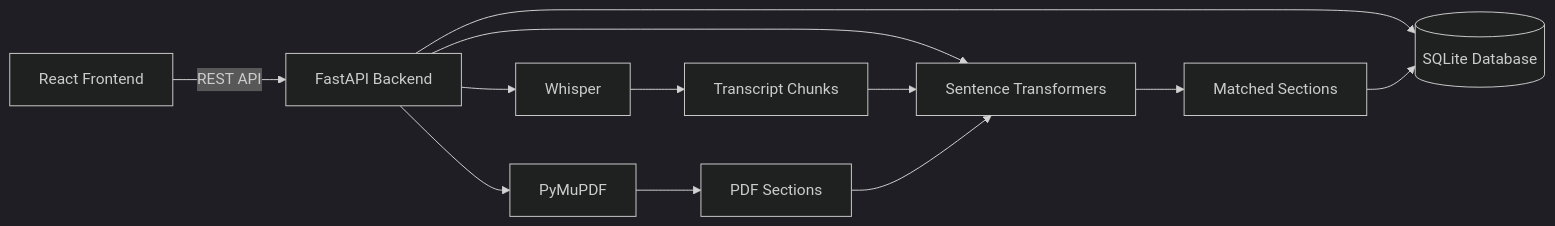
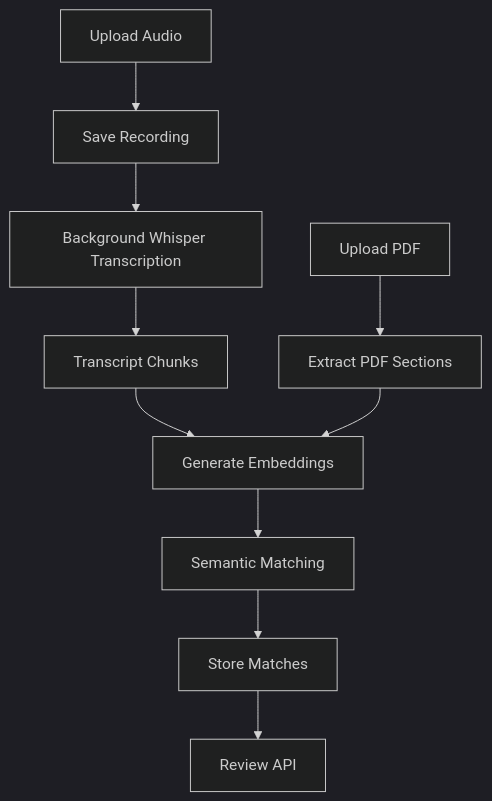
The first of 4 diagrams in README.md (LolaVictoria/lecturemerger-api), drawn with Mermaid (dark theme) before and after one commit. The commit also changed other lines of this file, not shown here.

````diff
--- a/README.md
+++ b/README.md
@@ -84,21 +78,23 @@
 ```mermaid
-flowchart LR
+flowchart TD
 
-A[React Frontend] -->|REST API| B[FastAPI Backend]
+A[Upload Audio] --> B[Save Recording]
 
-B --> C[(SQLite Database)]
+B --> C[Background Whisper Transcription]
 
-B --> D[Whisper]
-B --> E[Sentence Transformers]
-B --> F[PyMuPDF]
+C --> D[Transcript Chunks]
 
-D --> G[Transcript Chunks]
-F --> H[PDF Sections]
+E[Upload PDF]
 
-G --> E
-H --> E
+E --> F[Extract PDF Sections]
 
-E --> I[Matched Sections]
+D --> G[Generate Embeddings]
 
-I --> C
+F --> G
+
+G --> H[Semantic Matching]
+
+H --> I[Store Matches]
+
+I --> J[Review API]
 ```
````
